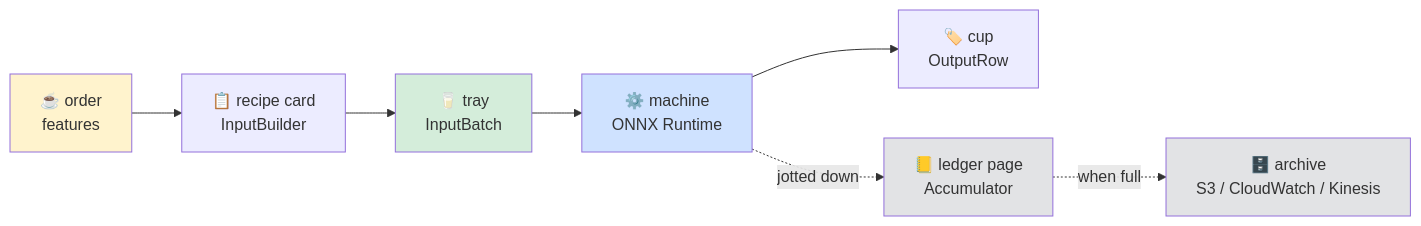
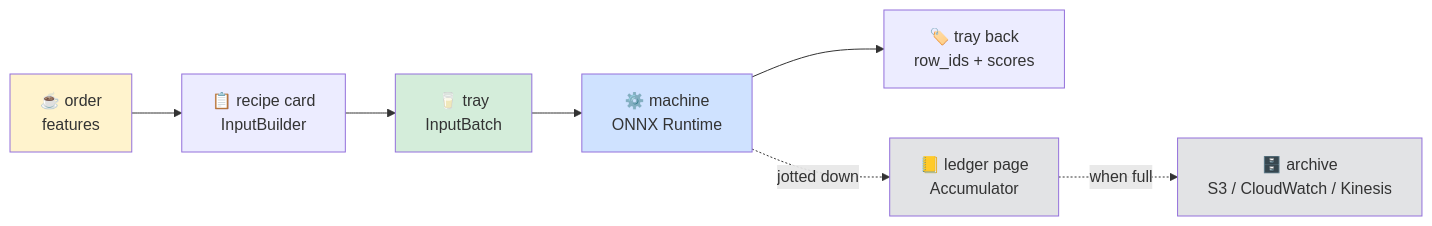
One commit to PratikBarhate/hushar changed the first of 6 diagrams in documentation/request-walkthrough.md. Above: the diagram before and after it, drawn with Mermaid. The commit also changed other lines of this file and 72 other files, not shown here.

````diff
--- a/documentation/request-walkthrough.md
+++ b/documentation/request-walkthrough.md
@@ -31,11 +31,11 @@
 ```mermaid
 flowchart LR
-  a["☕ order<br/>features"] --> b["📋 recipe card<br/>InputBuilder"] --> c["🥛 tray<br/>InputBatch"] --> d["⚙️ machine<br/>ONNX Runtime"] --> e["🏷️ cup<br/>OutputRow"]
+  a["☕ order<br/>features"] --> b["📋 recipe card<br/>InputBuilder"] --> c["🥛 tray<br/>InputBatch"] --> d["⚙️ machine<br/>ONNX Runtime"] --> e["🏷️ tray back<br/>row_ids + scores"]
   d -.->|"jotted down"| f["📒 ledger page<br/>Accumulator"]
   f -.->|"when full"| g["🗄️ archive<br/>S3 / CloudWatch / Kinesis"]
   style a fill:#fff3cd
   style c fill:#d4edda
   style d fill:#cfe2ff
   style f fill:#e2e3e5
   style g fill:#e2e3e5
 ```
````
